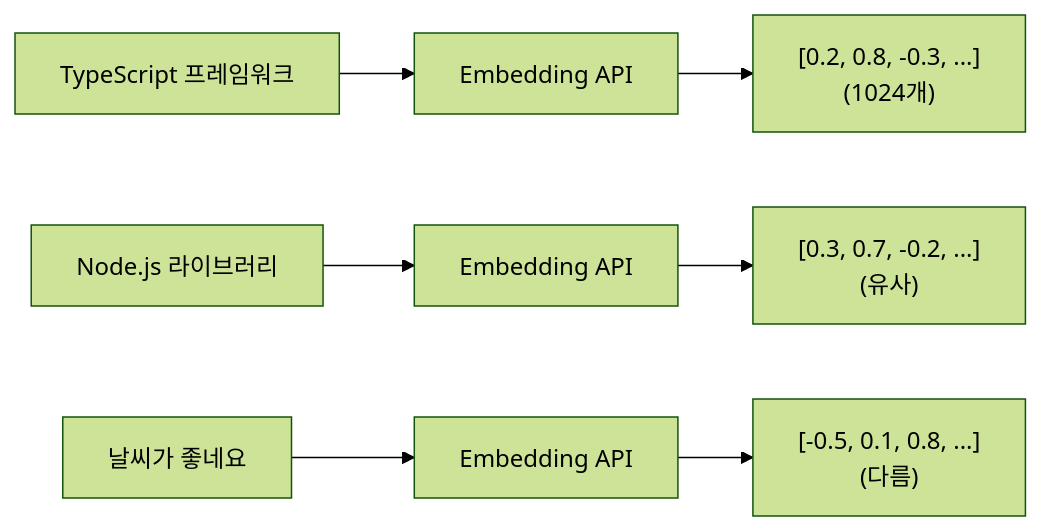
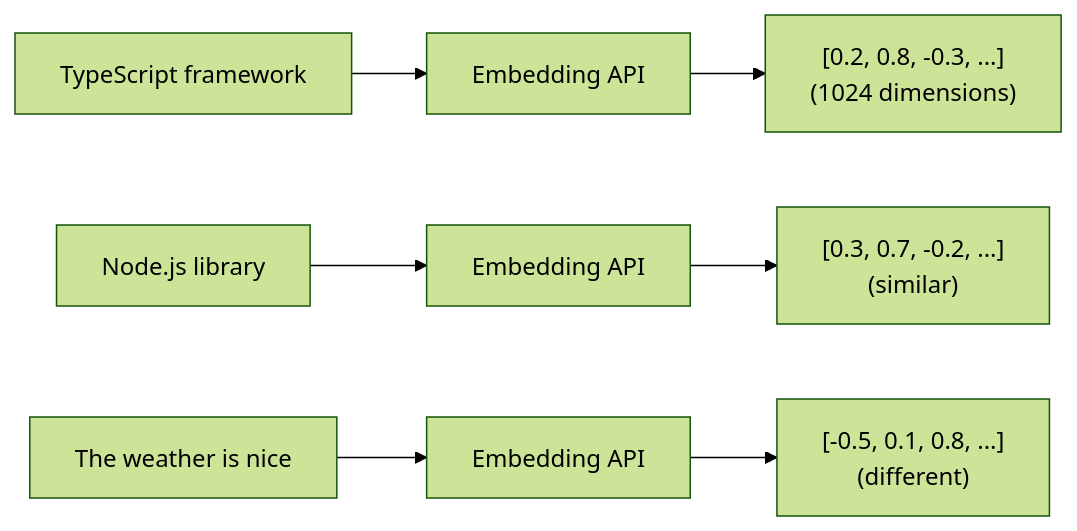
The diagram in modules/docs/en/advanced-features/vector-search/embeddings.mdx (cartanova-ai/sonamu), drawn with Mermaid (forest theme) before and after one commit. The commit also changed other lines of this file and 86 other files, not shown here.

````diff
--- a/modules/docs/en/advanced-features/vector-search/embeddings.mdx
+++ b/modules/docs/en/advanced-features/vector-search/embeddings.mdx
@@ -48,10 +48,10 @@
 ```mermaid
 flowchart LR
-    T1["TypeScript 프레임워크"] --> E1[Embedding API]
-    T2["Node.js 라이브러리"] --> E2[Embedding API]
-    T3["날씨가 좋네요"] --> E3[Embedding API]
-    
-    E1 --> V1["[0.2, 0.8, -0.3, ...]<br/>(1024개)"]
-    E2 --> V2["[0.3, 0.7, -0.2, ...]<br/>(유사)"]
-    E3 --> V3["[-0.5, 0.1, 0.8, ...]<br/>(다름)"]
+    T1["TypeScript framework"] --> E1[Embedding API]
+    T2["Node.js library"] --> E2[Embedding API]
+    T3["The weather is nice"] --> E3[Embedding API]
+
+    E1 --> V1["[0.2, 0.8, -0.3, ...]<br/>(1024 dimensions)"]
+    E2 --> V2["[0.3, 0.7, -0.2, ...]<br/>(similar)"]
+    E3 --> V3["[-0.5, 0.1, 0.8, ...]<br/>(different)"]
 ```
````
